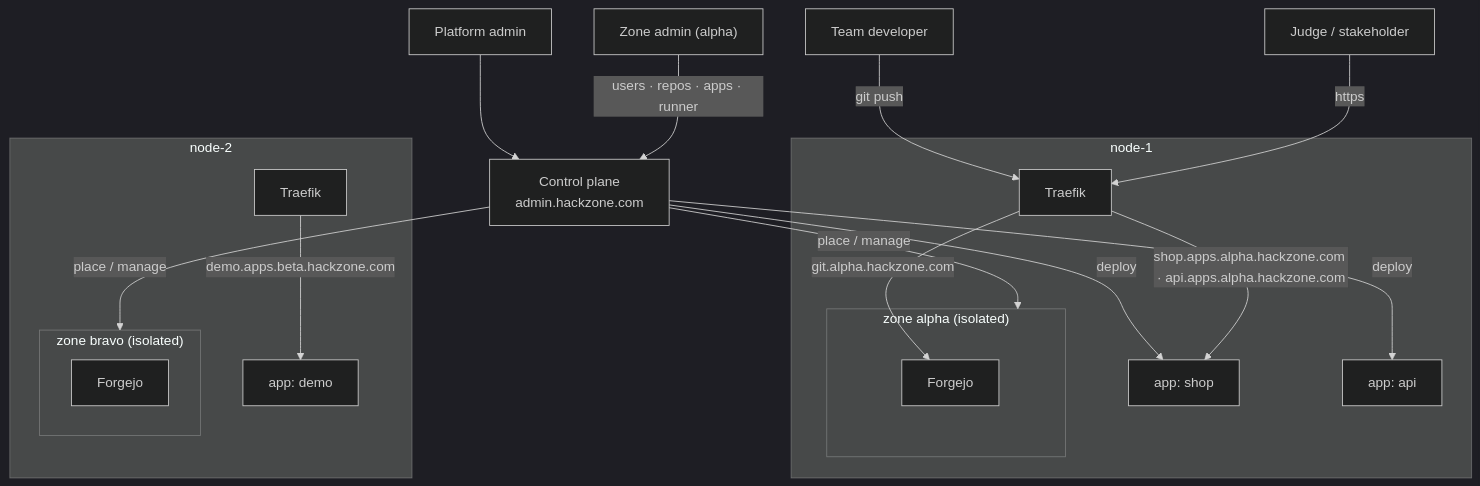
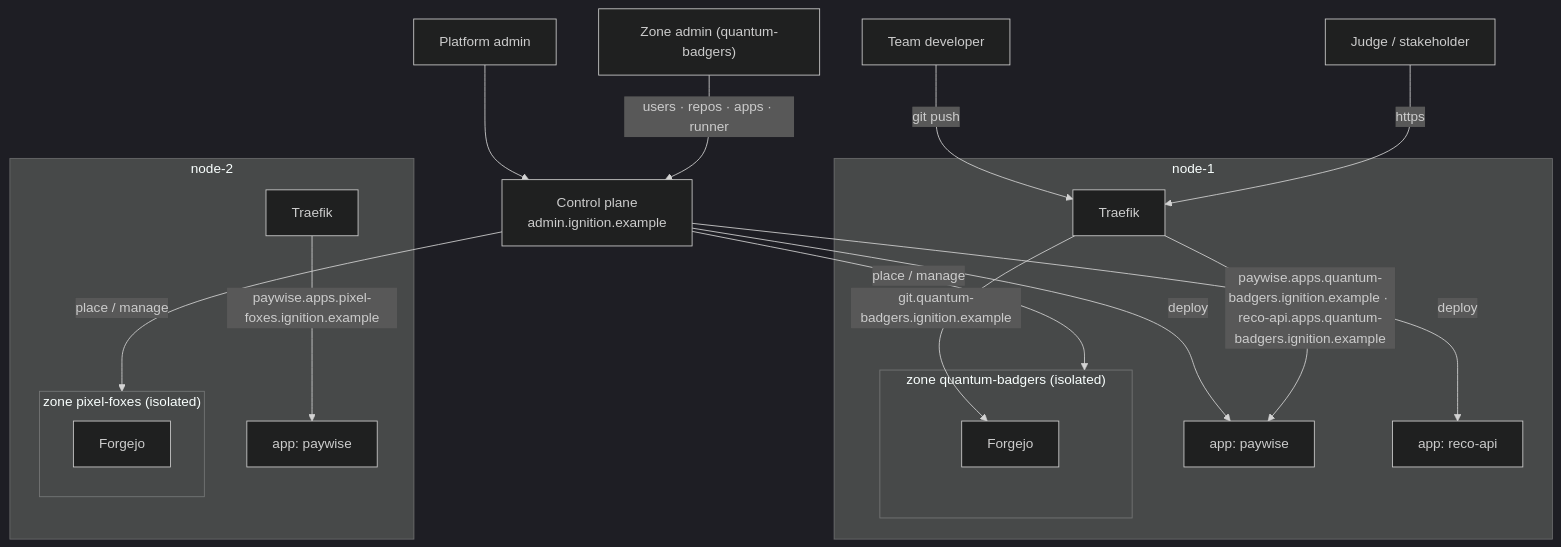
One commit to johnjoeallen/ignition changed the diagram in docs/index.md. Above: the diagram before and after it, drawn with Mermaid (dark theme). The commit also changed other lines of this file and 19 other files, not shown here.

First line of the commit message:
Rename HackZone -> Ignition

````diff
--- a/docs/index.md
+++ b/docs/index.md
@@ -46,32 +46,32 @@
 ```mermaid
 flowchart TB
     pa["Platform admin"] --> cp
-    cp["Control plane<br/>admin.hackzone.com"]
+    cp["Control plane<br/>admin.ignition.example"]
 
     subgraph node1["node-1"]
         traefik1["Traefik"]
-        subgraph zA["zone alpha  (isolated)"]
+        subgraph zA["zone quantum-badgers  (isolated)"]
             fa["Forgejo"]
         end
-        appA1["app: shop"]
-        appA2["app: api"]
+        appA1["app: paywise"]
+        appA2["app: reco-api"]
     end
     subgraph node2["node-2"]
         traefik2["Traefik"]
-        subgraph zB["zone bravo  (isolated)"]
+        subgraph zB["zone pixel-foxes  (isolated)"]
             fb["Forgejo"]
         end
-        appB["app: demo"]
+        appB["app: paywise"]
     end
 
     cp -->|place / manage| zA
     cp -->|place / manage| zB
     cp -->|deploy| appA1
     cp -->|deploy| appA2
-    za["Zone admin (alpha)"] -->|"users · repos · apps · runner"| cp
+    za["Zone admin (quantum-badgers)"] -->|"users · repos · apps · runner"| cp
     dev["Team developer"] -->|git push| traefik1
-    traefik1 -->|"git.alpha.hackzone.com"| fa
-    traefik1 -->|"shop.apps.alpha.hackzone.com · api.apps.alpha.hackzone.com"| appA1
-    traefik2 -->|"demo.apps.beta.hackzone.com"| appB
+    traefik1 -->|"git.quantum-badgers.ignition.example"| fa
+    traefik1 -->|"paywise.apps.quantum-badgers.ignition.example · reco-api.apps.quantum-badgers.ignition.example"| appA1
+    traefik2 -->|"paywise.apps.pixel-foxes.ignition.example"| appB
     visitor["Judge / stakeholder"] -->|https| traefik1
 ```
````
